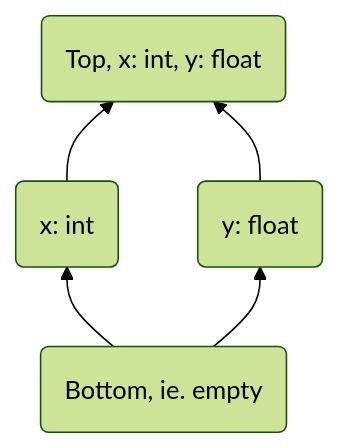
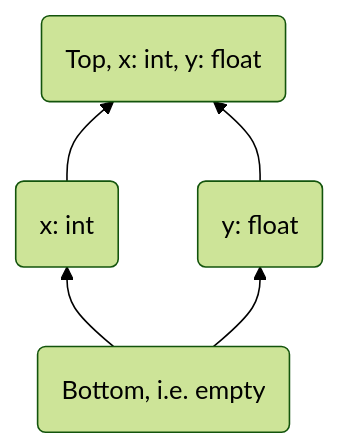
The first of 2 diagrams in 3.13/redundancy_eliminator.md (faster-cpython/ideas), drawn with Mermaid (forest theme) before and after one commit. The commit also changed other lines of this file, not shown here.

First line of the commit message:
Swap top/bottom of partial order (#658)

````diff
--- a/3.13/redundancy_eliminator.md
+++ b/3.13/redundancy_eliminator.md
@@ -48,8 +48,8 @@
 ```mermaid
 flowchart BT
-    A(Bottom, ie. empty) --> B(x: int)
+    A(Bottom, i.e. empty) --> B(x: int)
     A --> C(y: float)
     B --> D(Top, x: int, y: float)
     C --> D
   
 ```
````
